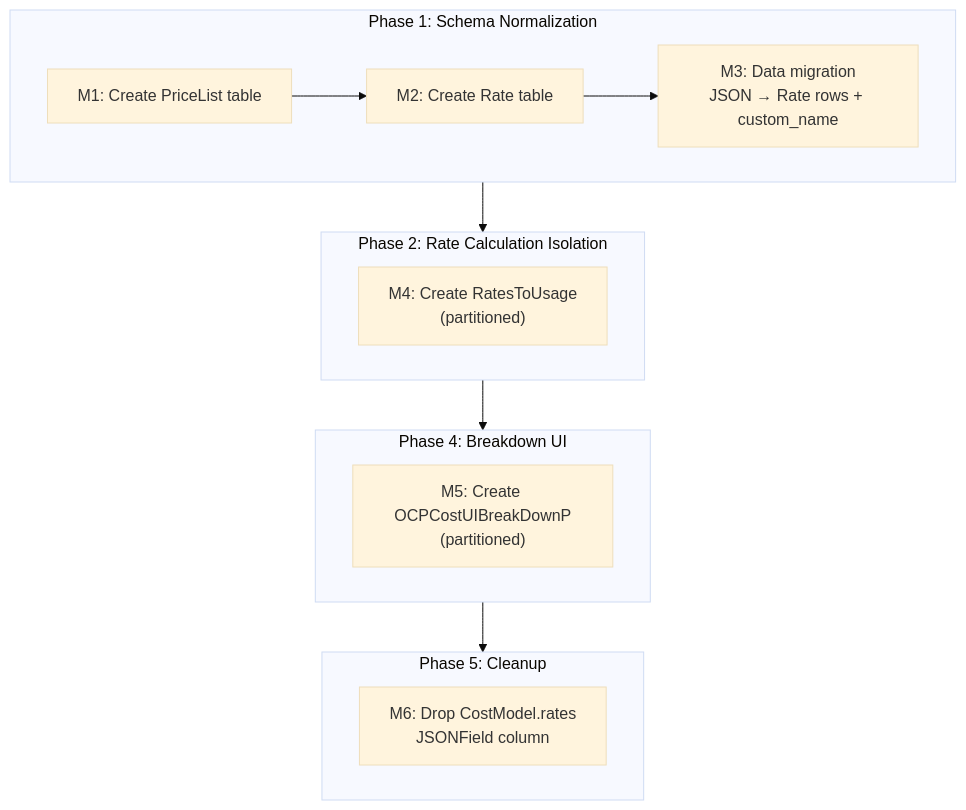
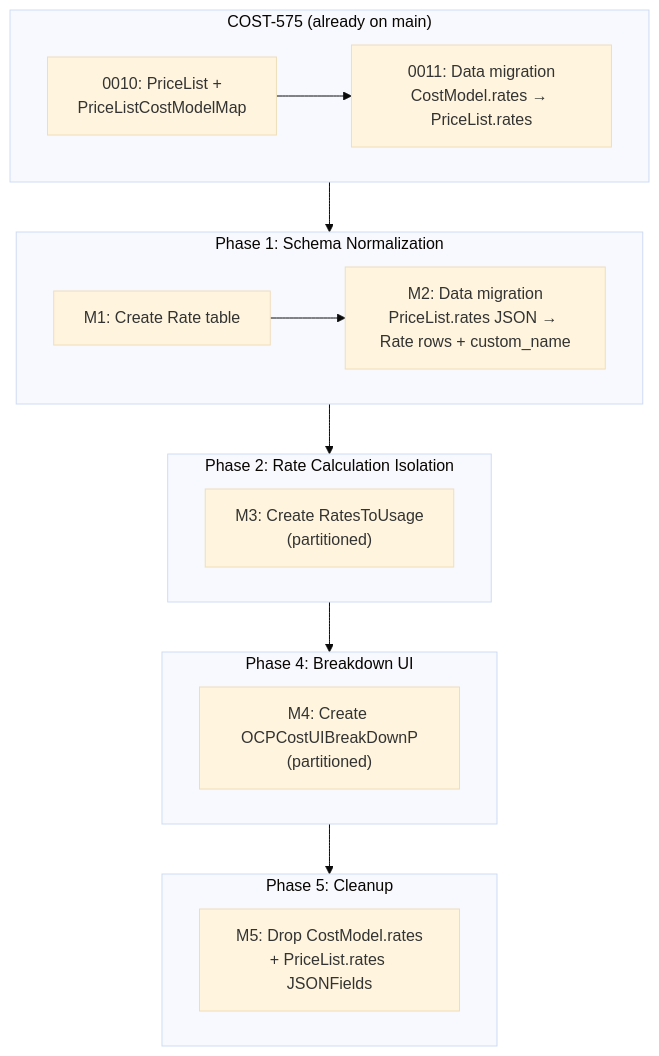
Before and after one commit to project-koku/koku: the first of 2 diagrams in docs/architecture/cost-breakdown/data-model.md, drawn with Mermaid (base theme). The commit also changed other lines of this file and 7 other files, not shown here.

First line of the commit message:
docs: align cost breakdown Phase 1 with COST-575 and close all concerns

````diff
--- a/docs/architecture/cost-breakdown/data-model.md
+++ b/docs/architecture/cost-breakdown/data-model.md
@@ -384,23 +457,28 @@
 ```mermaid
 graph TD
+    subgraph COST575["COST-575 (already on main)"]
+        M0010["0010: PriceList +<br/>PriceListCostModelMap"]
+        M0011["0011: Data migration<br/>CostModel.rates → PriceList.rates"]
+        M0010 --> M0011
+    end
+
     subgraph Phase1["Phase 1: Schema Normalization"]
-        M1["M1: Create PriceList table"]
-        M2["M2: Create Rate table"]
-        M3["M3: Data migration<br/>JSON → Rate rows + custom_name"]
-        M1 --> M2 --> M3
+        M1["M1: Create Rate table"]
+        M2["M2: Data migration<br/>PriceList.rates JSON → Rate rows + custom_name"]
+        M1 --> M2
     end
 
     subgraph Phase2["Phase 2: Rate Calculation Isolation"]
-        M4["M4: Create RatesToUsage<br/>(partitioned)"]
+        M3["M3: Create RatesToUsage<br/>(partitioned)"]
     end
 
     subgraph Phase4["Phase 4: Breakdown UI"]
-        M5["M5: Create OCPCostUIBreakDownP<br/>(partitioned)"]
+        M4["M4: Create OCPCostUIBreakDownP<br/>(partitioned)"]
     end
 
     subgraph Phase5["Phase 5: Cleanup"]
-        M6["M6: Drop CostModel.rates<br/>JSONField column"]
+        M5["M5: Drop CostModel.rates<br/>+ PriceList.rates JSONFields"]
     end
 
-    Phase1 --> Phase2 --> Phase4 --> Phase5
+    COST575 --> Phase1 --> Phase2 --> Phase4 --> Phase5
 ```
````
